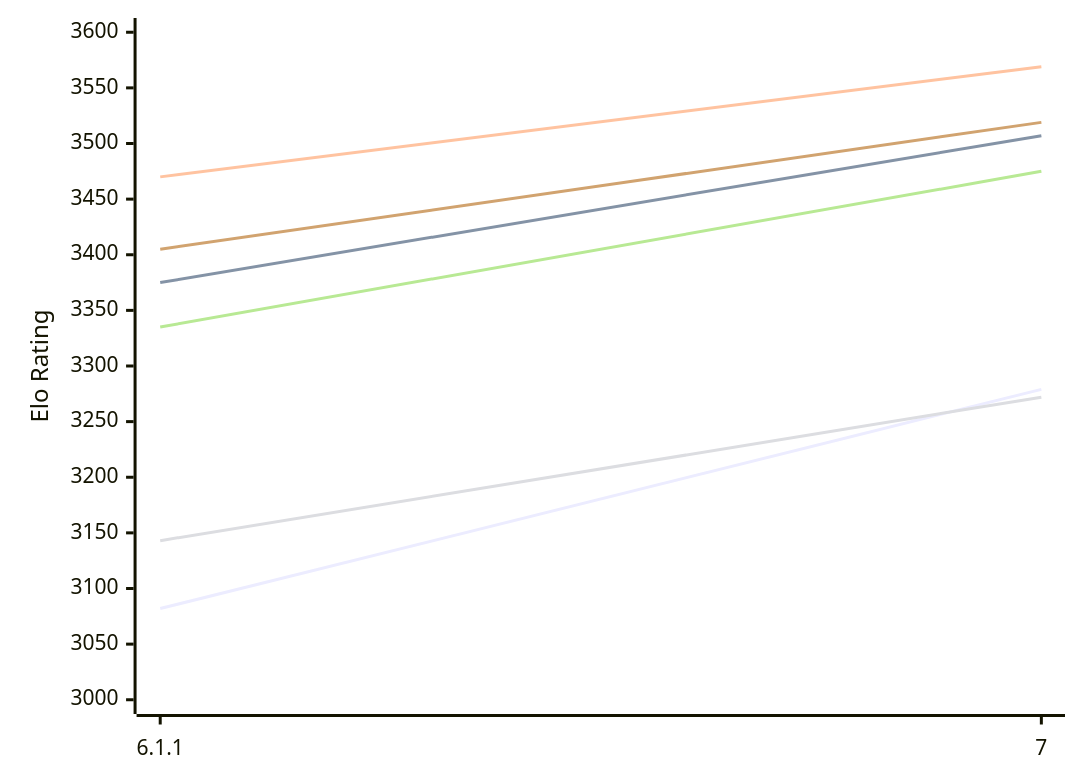
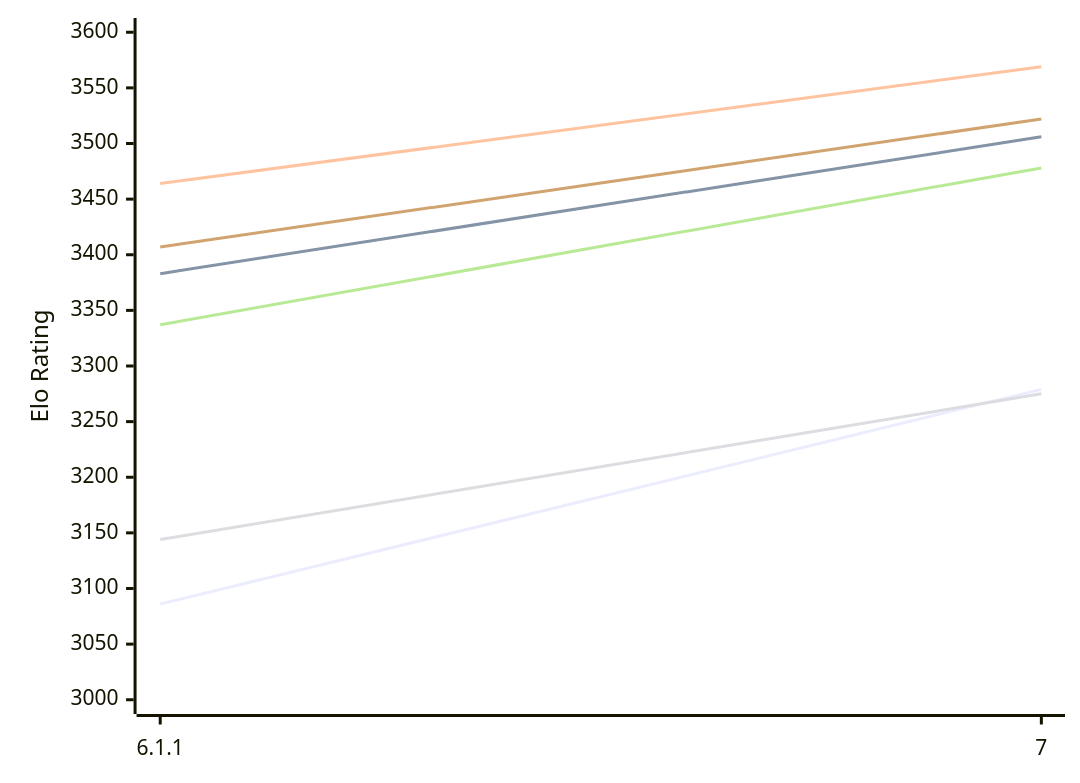
Before and after one commit to computer-chess-index/cci: the first of 2 diagrams in engines/Zangdar.md, drawn with Mermaid. The commit also changed other lines of this file, not shown here.

Commit message:
Update CCI Ratings (ELO VLTC) - 2026-11-24

````diff
--- a/engines/Zangdar.md
+++ b/engines/Zangdar.md
@@ -53,12 +53,12 @@
 ```mermaid
 %%{init: {"theme":"base","themeVariables":{"seriesColors:['#a3a3a3','#222221','#faa371']}}}%%
 xychart-beta
   x-axis ["6.1.1", "7"]
   y-axis "Elo Rating" 3000 --> 3600
-  line "E1: STC (8.0+0.08s)" [3082, 3279]
-  line "E1: LTC (60.0+0.60s)" [3375, 3507]
-  line "E1: VLTC (2m24s+1.12s)" [3470, 3569]
-  line "P1: STC (8.0+0.08s)" [3143, 3272]
-  line "P1: LTC (60.0+0.60s)" [3335, 3475]
-  line "P1: VLTC (2m24s+1.12s)" [3405, 3519]
+  line "E1: STC (8.0+0.08s)" [3086, 3279]
+  line "E1: LTC (60.0+0.60s)" [3383, 3506]
+  line "E1: VLTC (2m24s+1.12s)" [3464, 3569]
+  line "P1: STC (8.0+0.08s)" [3144, 3275]
+  line "P1: LTC (60.0+0.60s)" [3337, 3478]
+  line "P1: VLTC (2m24s+1.12s)" [3407, 3522]
 ```
````
